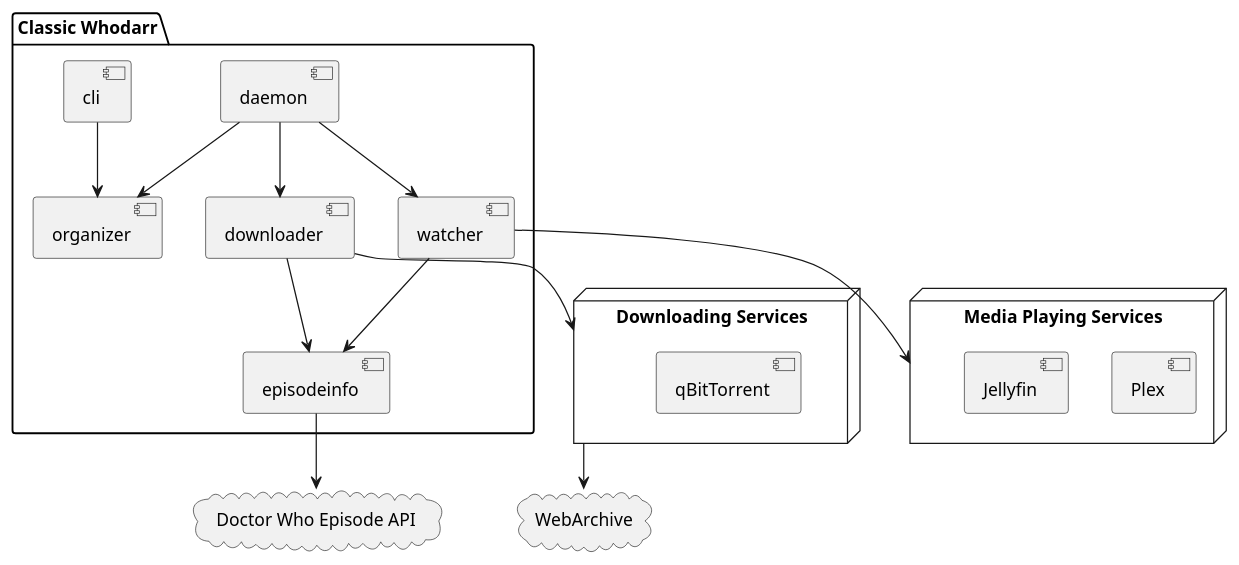
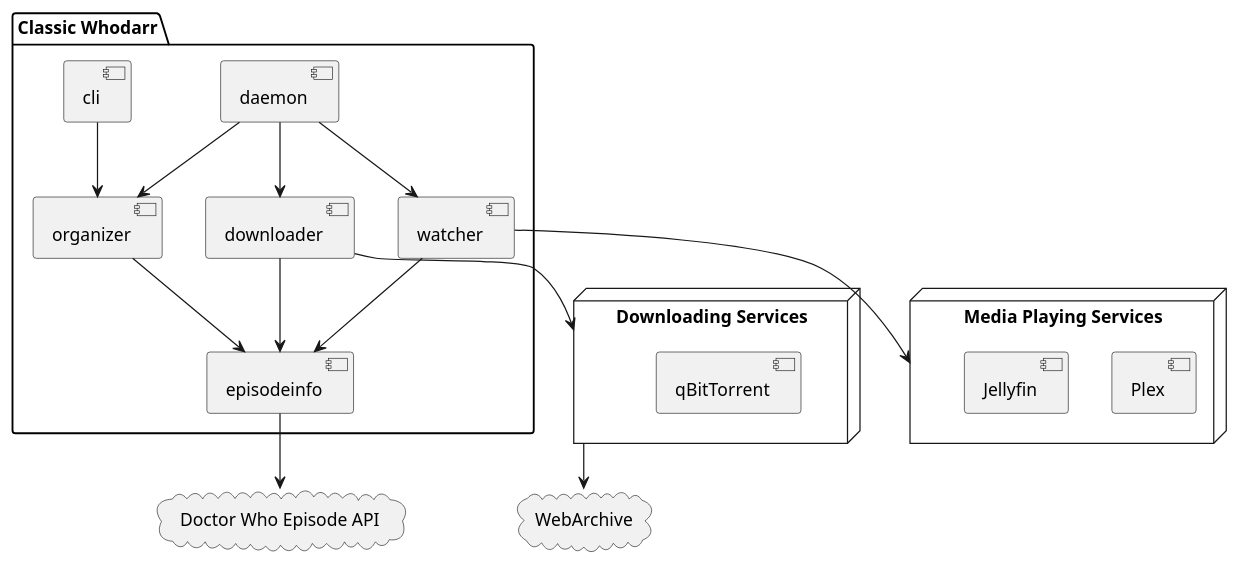
One commit to krestenlaust/classic-whodarr changed the diagram in docs/componentdiagram.puml. Above: the diagram before and after it, drawn with PlantUML. The commit also changed 1 other file, not shown here.

Commit message:
Update diagram to reflect updated organizer dependencies

```diff
--- a/docs/componentdiagram.puml
+++ b/docs/componentdiagram.puml
@@ -1,31 +1,32 @@
 @startuml
 
 cloud "Doctor Who Episode API"
 cloud "WebArchive"
 
 package "Classic Whodarr" {
     [daemon] --> [downloader]
     [daemon] --> [watcher]
     [downloader] --> [episodeinfo]
     [watcher] --> [episodeinfo]
     [cli] --> [organizer]
     [daemon] --> [organizer]
+    [organizer] --> [episodeinfo]
 }
 
 node "Media Playing Services" {
     [Plex]
     [Jellyfin]
 }
 
 node "Downloading Services" {
     [qBitTorrent]
 }
 
 [episodeinfo] --> "Doctor Who Episode API"
 "Downloading Services" --> "WebArchive"
 
 [downloader] --> "Downloading Services"
 
 [watcher] --> "Media Playing Services"
 
 @enduml
```
